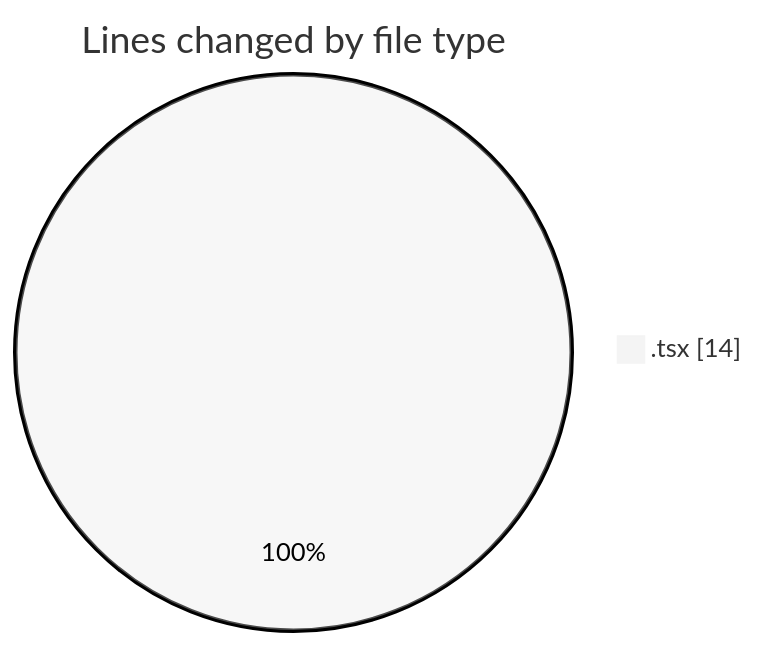
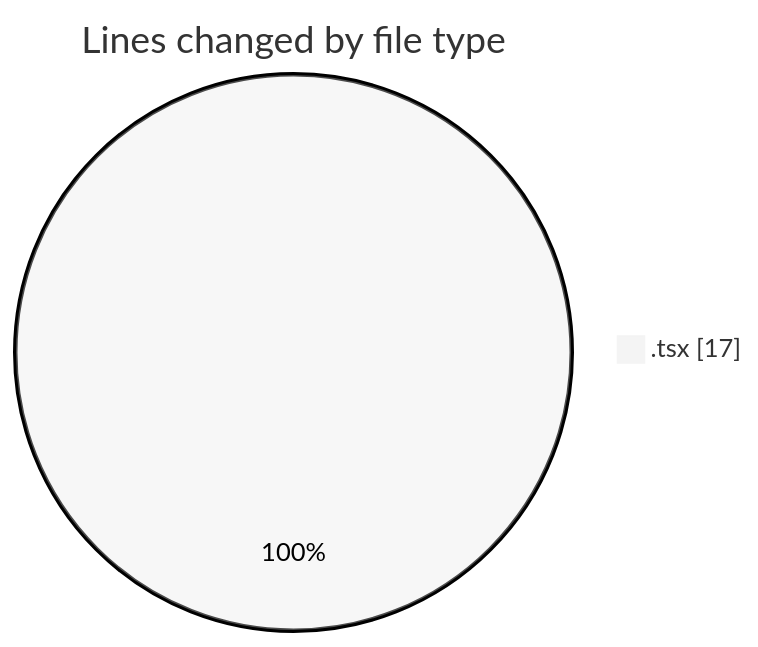
The first of 2 diagrams in 2026-08-26/cda/README.md (momahboobian/code-tracking), drawn with Mermaid (neutral theme) before and after one commit. The commit also changed other lines of this file and 1 other file, not shown here.

````diff
--- a/2026-08-26/cda/README.md
+++ b/2026-08-26/cda/README.md
@@ -20,5 +20,5 @@
 ```mermaid
 pie showData
 title Lines changed by file type
-".tsx" : 14
+".tsx" : 17
 ```
````
